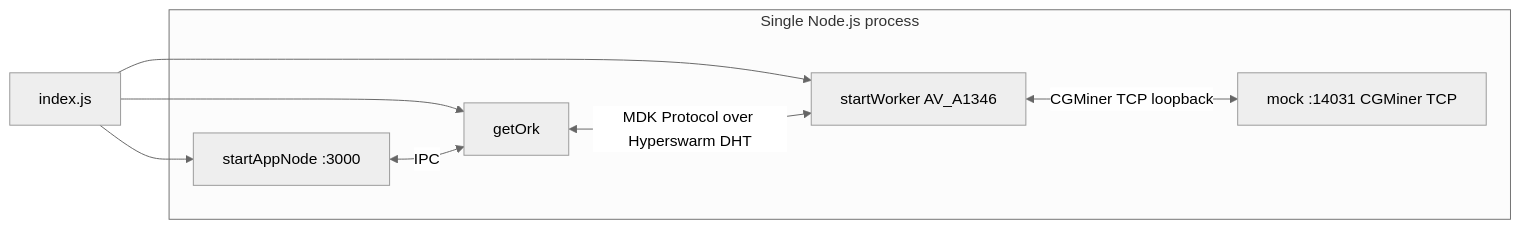
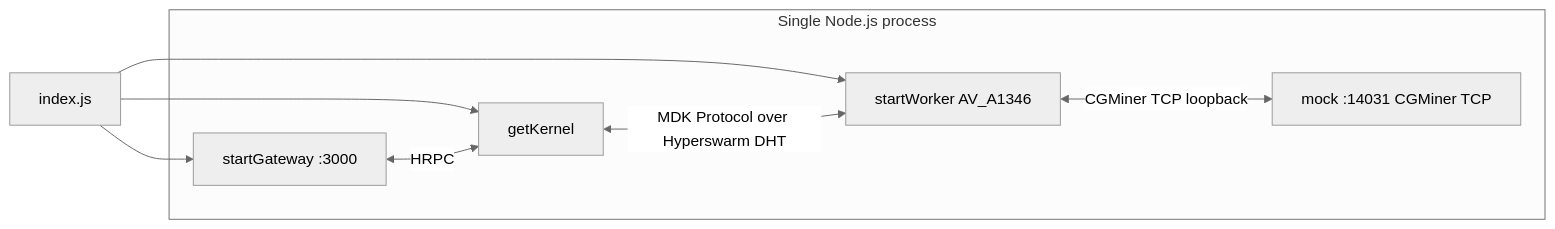
One commit to tetherto/mdk changed the diagram in examples/backend/miners/avalon/README.md. Above: the diagram before and after it, drawn with Mermaid (neutral theme). The commit also changed other lines of this file and 4406 other files, not shown here.

````diff
--- a/examples/backend/miners/avalon/README.md
+++ b/examples/backend/miners/avalon/README.md
@@ -30,18 +30,18 @@
 ```mermaid
 flowchart LR
   Index[index.js]
-  Index --> Ork[getOrk]
-  Index --> App[startAppNode :3000]
+  Index --> Kernel[getKernel]
+  Index --> App[startGateway :3000]
   Index --> W1[startWorker AV_A1346]
 
   subgraph proc [Single Node.js process]
-    Ork
+    Kernel
     App
     W1
     M1[mock :14031 CGMiner TCP]
   end
 
-  App <-->|IPC| Ork
-  Ork <-->|MDK Protocol over Hyperswarm DHT| W1
+  App <-->|HRPC| Kernel
+  Kernel <-->|MDK Protocol over Hyperswarm DHT| W1
   W1 <-->|CGMiner TCP loopback| M1
 ```
````
